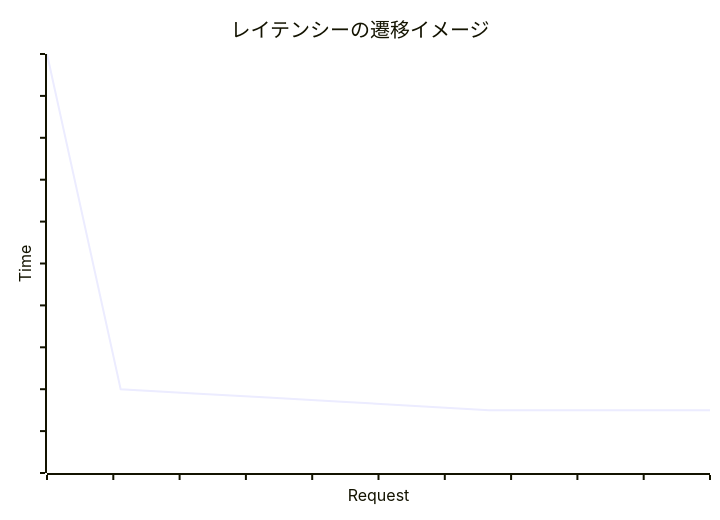
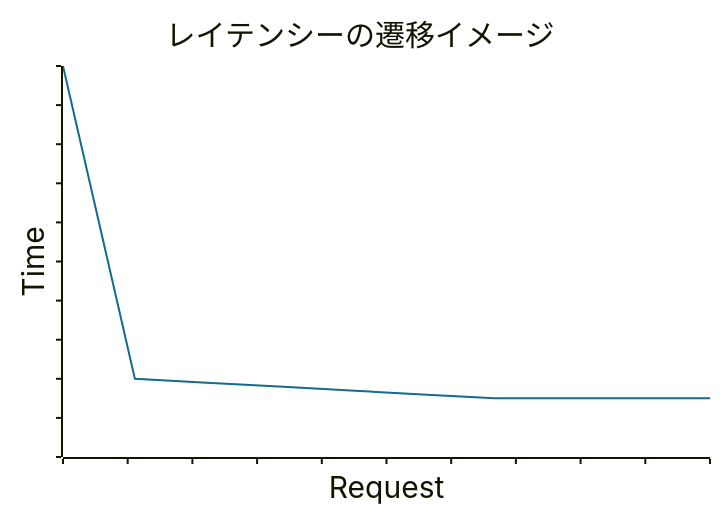
Before and after one commit to kazu-kichi-67/slidev-jjug-ccc-2024-fall: the diagram in slides.md, drawn with Mermaid. The commit also changed other lines of this file and 2 other files, not shown here.

````diff
--- a/slides.md
+++ b/slides.md
@@ -112,15 +178,21 @@
 ```mermaid {scale: 0.5}
 ---
 config:
   xyChart:
+    titleFontSize: 30
     xAxis:
       showLabel: false
+      titleFontSize: 30
     yAxis:
       showLabel: false
+      titleFontSize: 30
+  themeVariables:
+    xyChart:
+      plotColorPalette: "#146b8c"
 ---
 xychart-beta
   title "レイテンシーの遷移イメージ"
   x-axis "Request" 0 --> 10
   y-axis "Time" 0 --> 1
   line [1, 0.2, 0.19, 0.18, 0.17, 0.16, 0.15, 0.15, 0.15, 0.15]
 ```
````
